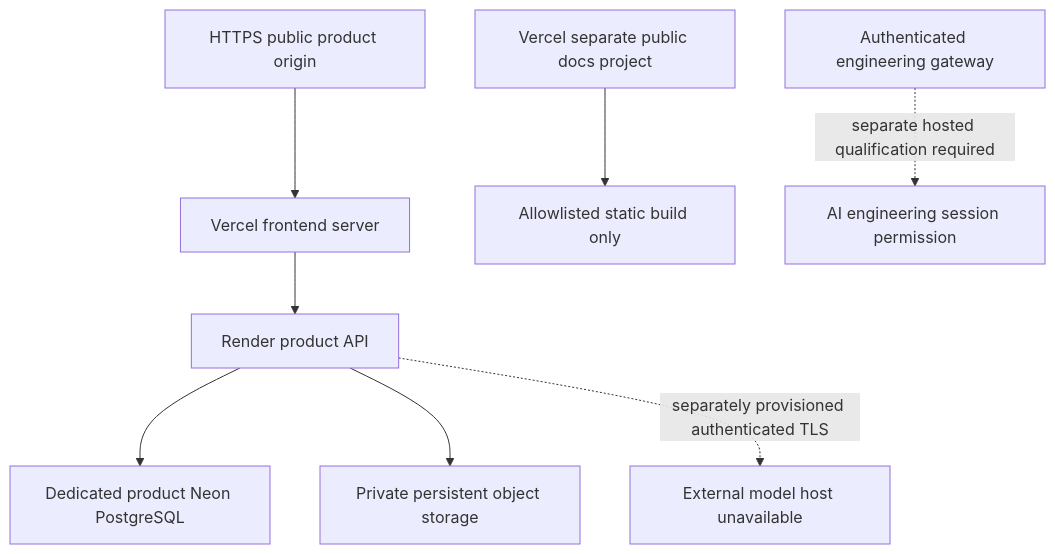
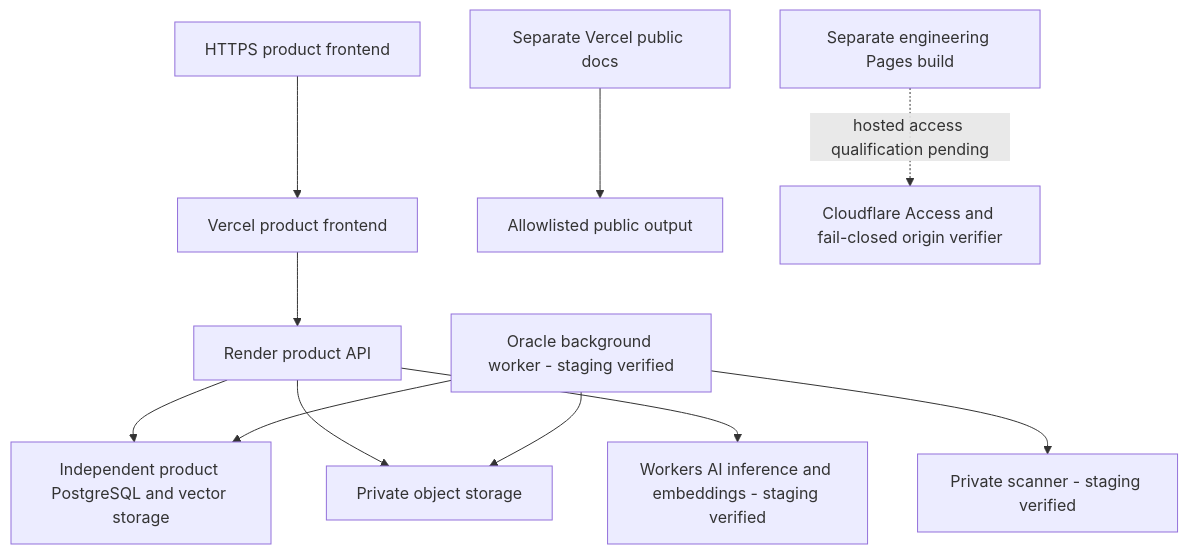
Before and after one commit to DruHustle/onesa-ai-platform: the diagram in docs/diagrams/public-deployment.mmd, drawn with Mermaid. The commit also changed 88 other files, not shown here.

Commit message:
Add visual engineering onboarding and current deployment architecture

```diff
--- a/docs/diagrams/public-deployment.mmd
+++ b/docs/diagrams/public-deployment.mmd
@@ -1,8 +1,11 @@
 flowchart TB
-Browser[HTTPS public product origin] --> Vercel[Vercel frontend server]
+Browser[HTTPS product frontend] --> Vercel[Vercel product frontend]
 Vercel --> Render[Render product API]
-Render --> Neon[Dedicated product Neon PostgreSQL]
-Render --> Storage[Private persistent object storage]
-Render -. separately provisioned authenticated TLS .-> Model[External model host unavailable]
-Docs[Vercel separate public docs project] --> Public[Allowlisted static build only]
-Internal[Authenticated engineering gateway] -. separate hosted qualification required .-> Identity[AI engineering session permission]
+Render --> Neon[Independent product PostgreSQL and vector storage]
+Render --> Storage[Private object storage]
+Oracle[Oracle background worker - staging verified] --> Neon
+Oracle --> Storage
+Oracle --> ClamAV[Private scanner - staging verified]
+Render --> Model[Workers AI inference and embeddings - staging verified]
+Docs[Separate Vercel public docs] --> Public[Allowlisted public output]
+Internal[Separate engineering Pages build] -. hosted access qualification pending .-> Access[Cloudflare Access and fail-closed origin verifier]
```
